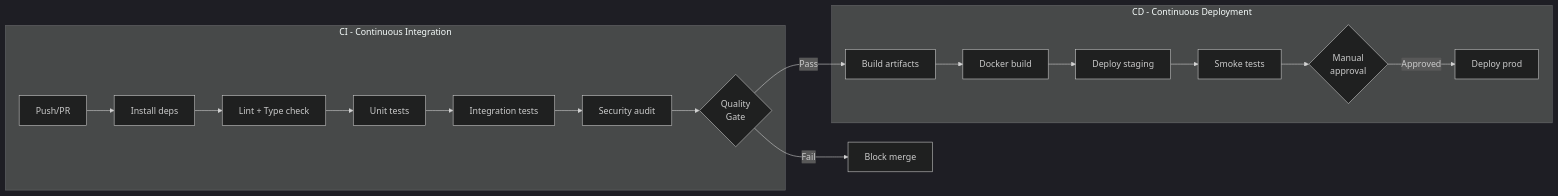
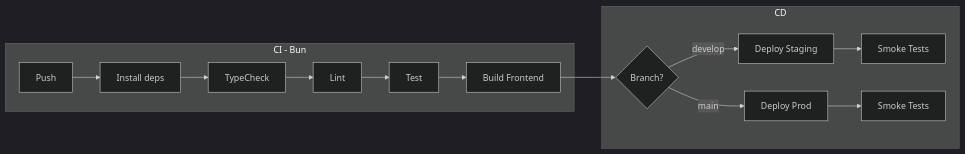
Before and after one commit to jlg-formation/gia-janv-2026: the diagram in docs/09-integration-deploiement.md, drawn with Mermaid (dark theme). The commit also changed other lines of this file and 6 other files, not shown here.

````diff
--- a/docs/09-integration-deploiement.md
+++ b/docs/09-integration-deploiement.md
@@ -5,22 +9,17 @@
 ```mermaid
 flowchart LR
-    subgraph "CI - Continuous Integration"
-        A[Push/PR] --> B[Install deps]
-        B --> C[Lint + Type check]
-        C --> D[Unit tests]
-        D --> E[Integration tests]
-        E --> F[Security audit]
-        F --> G{Quality<br/>Gate}
+    subgraph "CI - Bun"
+        A[Push] --> B[Install deps]
+        B --> C[TypeCheck]
+        C --> D[Lint]
+        D --> E[Test]
+        E --> F[Build Frontend]
     end
-    
-    subgraph "CD - Continuous Deployment"
-        G -->|Pass| H[Build artifacts]
-        H --> I[Docker build]
-        I --> J[Deploy staging]
-        J --> K[Smoke tests]
-        K --> L{Manual<br/>approval}
-        L -->|Approved| M[Deploy prod]
+    subgraph "CD"
+        F --> G{Branch?}
+        G -->|develop| H[Deploy Staging]
+        G -->|main| I[Deploy Prod]
+        H --> J[Smoke Tests]
+        I --> K[Smoke Tests]
     end
-    
-    G -->|Fail| N[Block merge]
 ```
````
